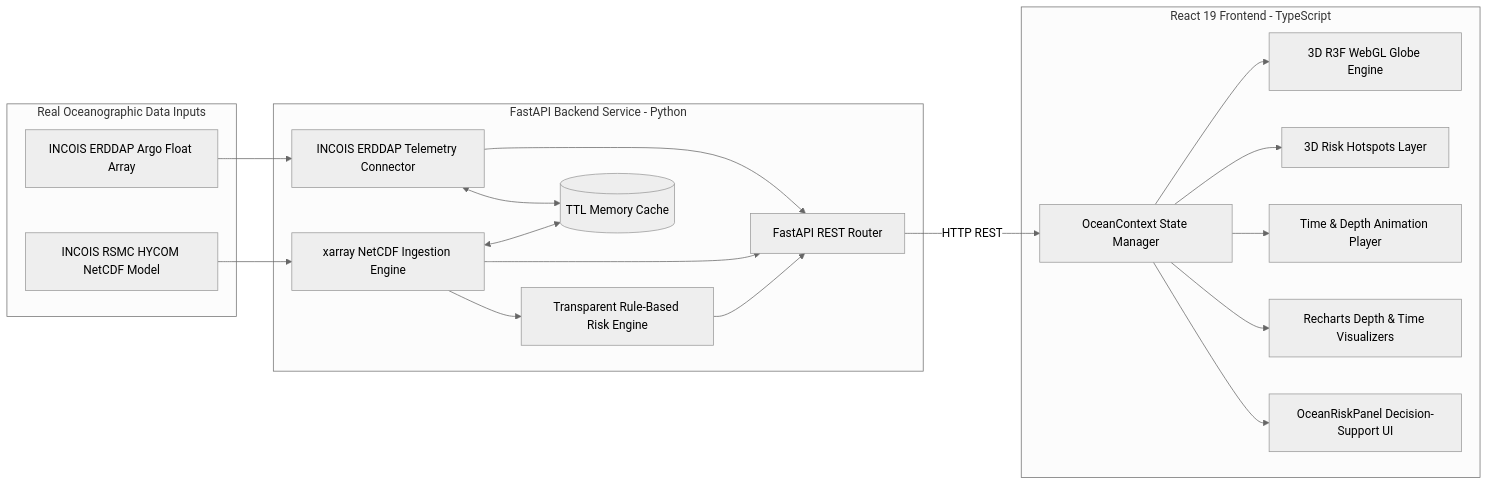
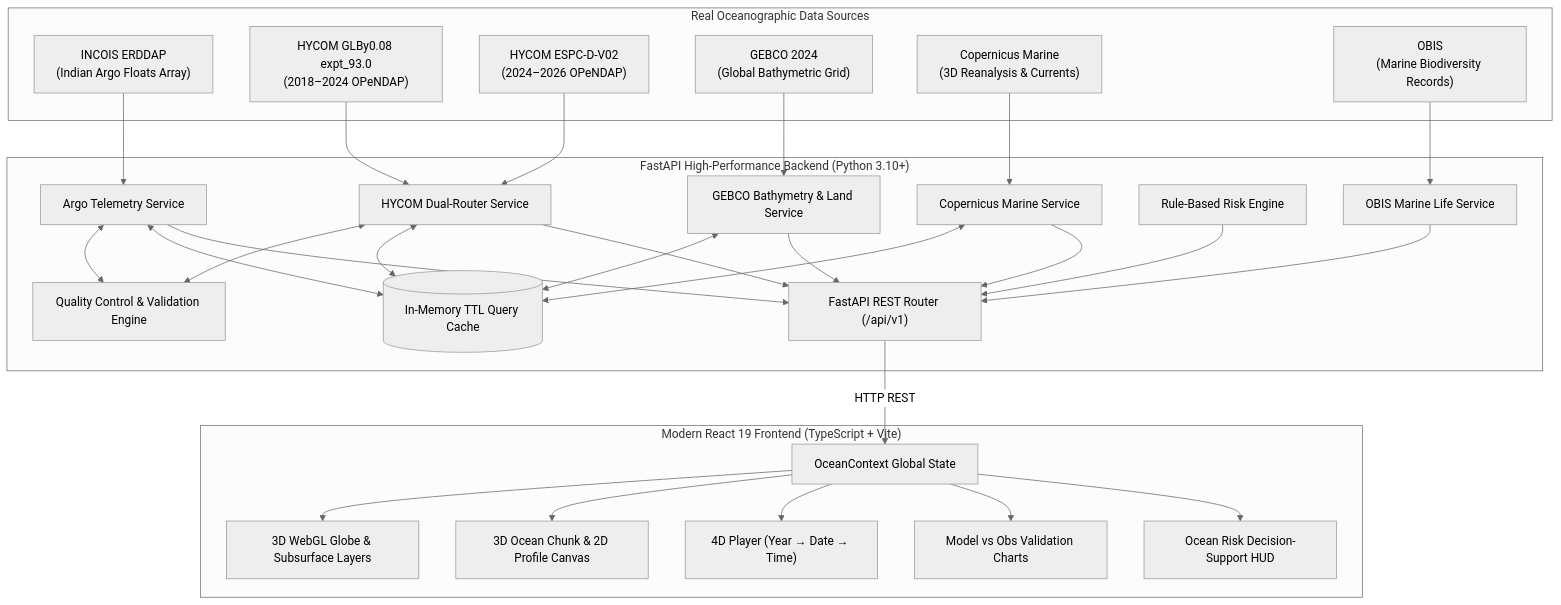
One commit to kiransankpal4500/SIH-project- changed the diagram in OceanScope/README.md. Above: the diagram before and after it, drawn with Mermaid (neutral theme). The commit also changed other lines of this file and 49 other files, not shown here.

Commit message:
feat: complete OceanScope with 3D ocean chunks, marine life layers, live INCOIS/HYCOM integrations, and deployment configs

````diff
--- a/OceanScope/README.md
+++ b/OceanScope/README.md
@@ -28,41 +90,61 @@
 ```mermaid
-graph LR
-    subgraph DataSources [Real Oceanographic Data Inputs]
-        Argo[INCOIS ERDDAP Argo Float Array]
-        HYCOM[INCOIS RSMC HYCOM NetCDF Model]
+graph TB
+    subgraph DataSources ["Real Oceanographic Data Sources"]
+        Argo["INCOIS ERDDAP<br/>(Indian Argo Floats Array)"]
+        HYCOM_Hist["HYCOM GLBy0.08 expt_93.0<br/>(2018–2024 OPeNDAP)"]
+        HYCOM_Recent["HYCOM ESPC-D-V02<br/>(2024–2026 OPeNDAP)"]
+        GEBCO["GEBCO 2024<br/>(Global Bathymetric Grid)"]
+        Copernicus["Copernicus Marine<br/>(3D Reanalysis & Currents)"]
+        OBIS["OBIS<br/>(Marine Biodiversity Records)"]
     end
 
-    subgraph Backend [FastAPI Backend Service - Python]
-        Router[FastAPI REST Router]
-        ArgoService[INCOIS ERDDAP Telemetry Connector]
-        HycomService[xarray NetCDF Ingestion Engine]
-        RiskService[Transparent Rule-Based Risk Engine]
-        Cache[(TTL Memory Cache)]
+    subgraph Backend ["FastAPI High-Performance Backend (Python 3.10+)"]
+        Router["FastAPI REST Router (/api/v1)"]
+        QC["Quality Control & Validation Engine"]
+        Cache[("In-Memory TTL Query Cache")]
+        
+        ArgoSvc["Argo Telemetry Service"]
+        HycomSvc["HYCOM Dual-Router Service"]
+        GebcoSvc["GEBCO Bathymetry & Land Service"]
+        CopernicusSvc["Copernicus Marine Service"]
+        RiskSvc["Rule-Based Risk Engine"]
+        MarineSvc["OBIS Marine Life Service"]
     end
 
-    subgraph Frontend [React 19 Frontend - TypeScript]
-        Store[OceanContext State Manager]
-        R3FGlobe[3D R3F WebGL Globe Engine]
-        RiskLayer[3D Risk Hotspots Layer]
-        DepthPlayer[Time & Depth Animation Player]
-        Analytics[Recharts Depth & Time Visualizers]
-        RiskPanel[OceanRiskPanel Decision-Support UI]
+    subgraph Frontend ["Modern React 19 Frontend (TypeScript + Vite)"]
+        Store["OceanContext Global State"]
+        R3FGlobe["3D WebGL Globe & Subsurface Layers"]
+        OceanChunk["3D Ocean Chunk & 2D Profile Canvas"]
+        Timeline["4D Player (Year → Date → Time)"]
+        ValidationUI["Model vs Obs Validation Charts"]
+        RiskPanel["Ocean Risk Decision-Support HUD"]
     end
 
-    Argo --> ArgoService
-    HYCOM --> HycomService
-    ArgoService <--> Cache
-    HycomService <--> Cache
+    Argo --> ArgoSvc
+    HYCOM_Hist --> HycomSvc
+    HYCOM_Recent --> HycomSvc
+    GEBCO --> GebcoSvc
+    Copernicus --> CopernicusSvc
+    OBIS --> MarineSvc
 
-    ArgoService --> Router
-    HycomService --> Router
-    HycomService --> RiskService
-    RiskService --> Router
+    ArgoSvc <--> QC
+    HycomSvc <--> QC
+    ArgoSvc <--> Cache
+    HycomSvc <--> Cache
+    GebcoSvc <--> Cache
+    CopernicusSvc <--> Cache
+
+    ArgoSvc --> Router
+    HycomSvc --> Router
+    GebcoSvc --> Router
+    CopernicusSvc --> Router
+    RiskSvc --> Router
+    MarineSvc --> Router
 
     Router -->|HTTP REST| Store
     Store --> R3FGlobe
-    Store --> RiskLayer
-    Store --> DepthPlayer
-    Store --> Analytics
+    Store --> OceanChunk
+    Store --> Timeline
+    Store --> ValidationUI
     Store --> RiskPanel
 ```
````
